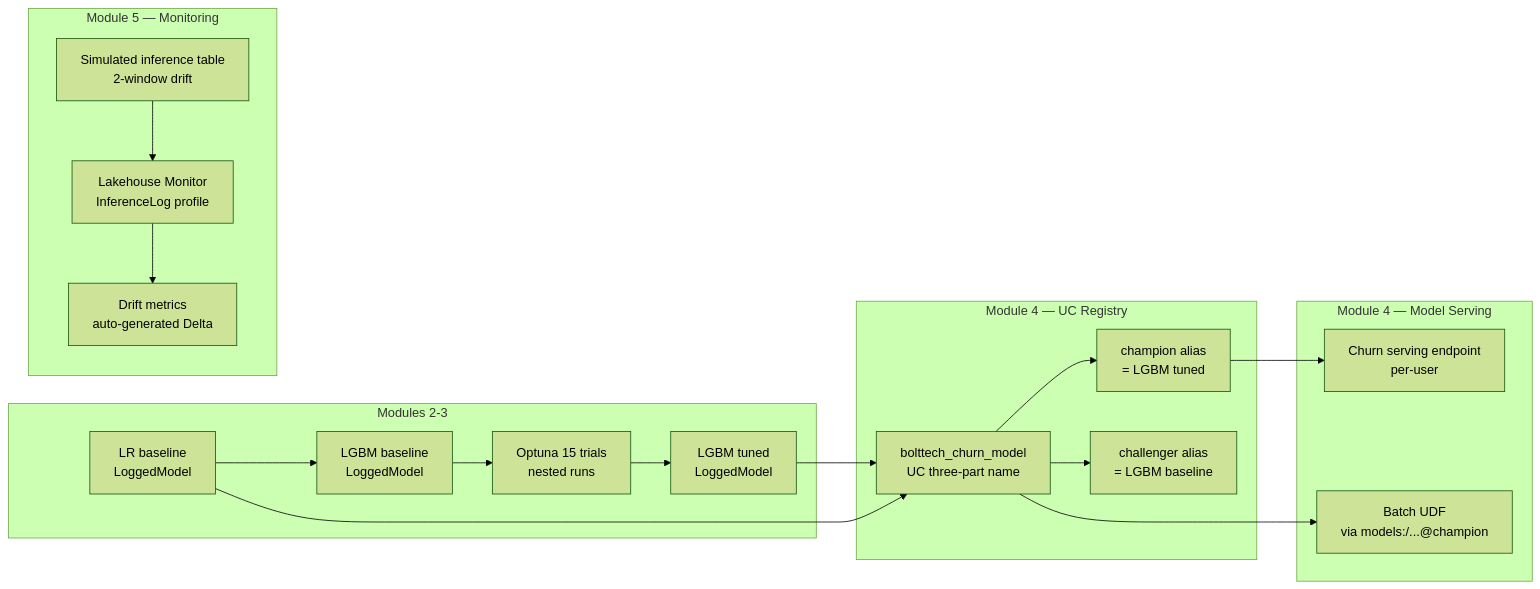
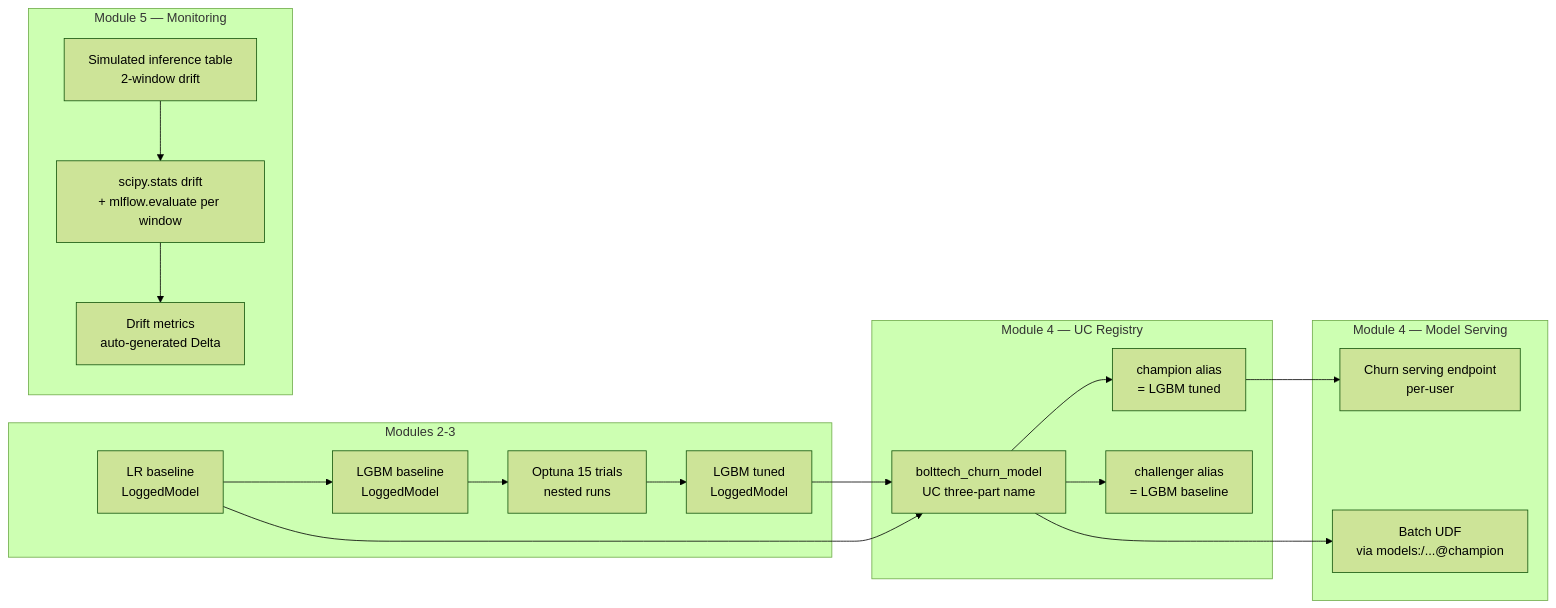
Before and after one commit to zhihantan/mlflow3-databricks-churn-workshop: the second of 4 diagrams in docs/architecture.md, drawn with Mermaid (forest theme). The commit also changed 8 other files, not shown here.

````diff
--- a/docs/architecture.md
+++ b/docs/architecture.md
@@ -46,35 +46,35 @@
 ```mermaid
 flowchart LR
     subgraph T [Modules 2-3]
         LR[LR baseline<br/>LoggedModel]
         LGB[LGBM baseline<br/>LoggedModel]
         TUN[Optuna 15 trials<br/>nested runs]
         FIN[LGBM tuned<br/>LoggedModel]
     end
 
     subgraph R [Module 4 — UC Registry]
         REG[bolttech_churn_model<br/>UC three-part name]
         AC[champion alias<br/>= LGBM tuned]
         ACH[challenger alias<br/>= LGBM baseline]
     end
 
     subgraph S [Module 4 — Model Serving]
         EP[Churn serving endpoint<br/>per-user]
         BATCH[Batch UDF<br/>via models:/...@champion]
     end
 
     subgraph MON [Module 5 — Monitoring]
         INF[Simulated inference table<br/>2-window drift]
-        MO[Lakehouse Monitor<br/>InferenceLog profile]
+        MO[scipy.stats drift<br/>+ mlflow.evaluate per window]
         DM[Drift metrics<br/>auto-generated Delta]
     end
 
     LR --> LGB --> TUN --> FIN
     FIN --> REG
     LR --> REG
     REG --> AC
     REG --> ACH
     AC --> EP
     REG --> BATCH
     INF --> MO --> DM
 ```
````
